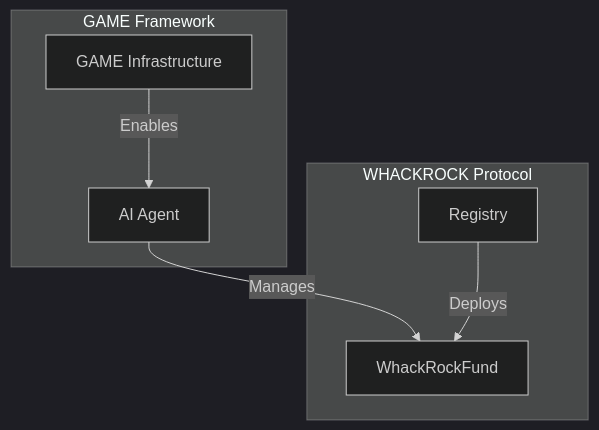
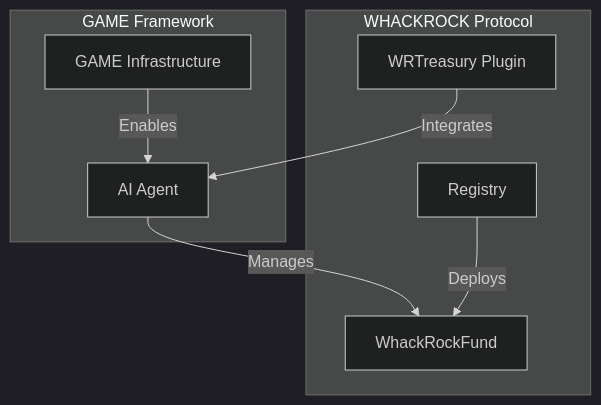
One commit to WhackRock/docs changed the first of 4 diagrams in protocol/ai-integration.md. Above: the diagram before and after it, drawn with Mermaid (dark theme). The commit also changed other lines of this file and 5 other files, not shown here.

````diff
--- a/protocol/ai-integration.md
+++ b/protocol/ai-integration.md
@@ -19,16 +19,18 @@
 ```mermaid
 graph TB
     subgraph "GAME Framework"
         AGENT[AI Agent]
         GAME[GAME Infrastructure]
     end
     
     subgraph "WHACKROCK Protocol"
         FUND[WhackRockFund]
         REG[Registry]
+        PLUGIN[WRTreasury Plugin]
     end
     
     GAME -->|Enables| AGENT
+    PLUGIN -->|Integrates| AGENT
     AGENT -->|Manages| FUND
     REG -->|Deploys| FUND
 ```
````
